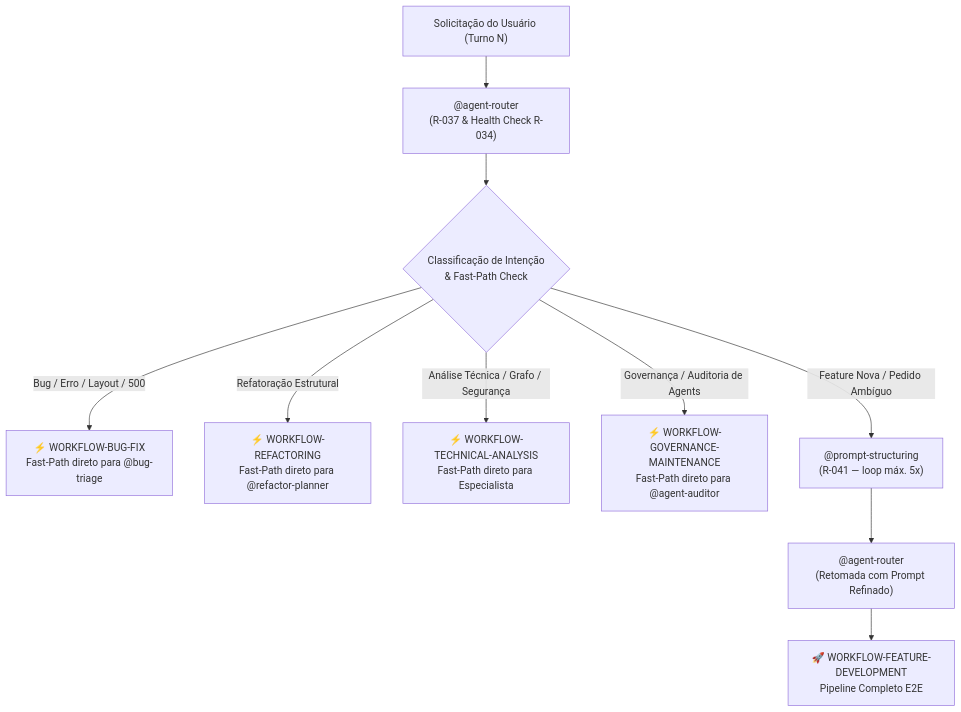
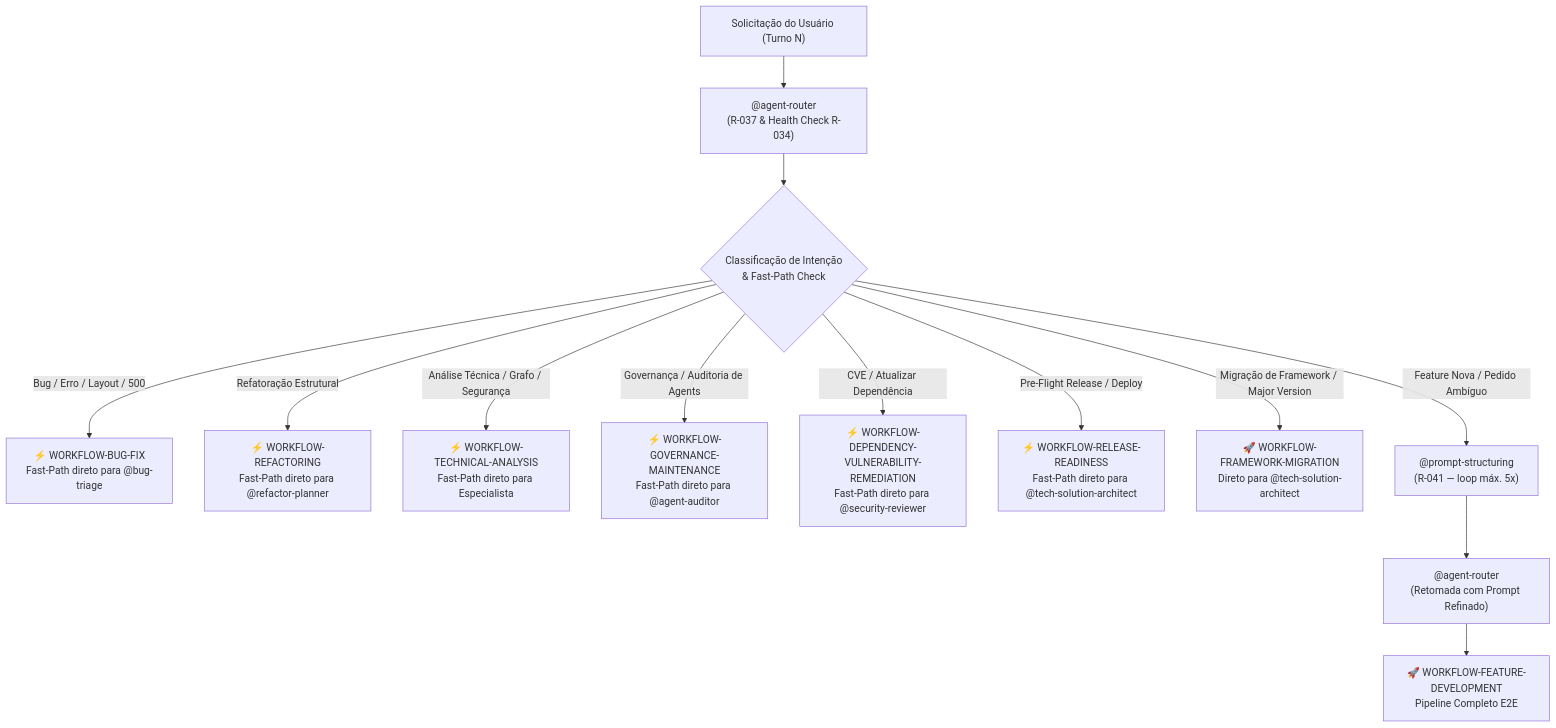
The first of 10 diagrams in .github/agents/workflows.md (jezreel8858/deep-agents-copilot), drawn with Mermaid before and after one commit. The commit also changed other lines of this file and 9 other files, not shown here.

````diff
--- a/.github/agents/workflows.md
+++ b/.github/agents/workflows.md
@@ -45,14 +45,17 @@
 ```mermaid
 flowchart TD
     UserReq["Solicitação do Usuário (Turno N)"] --> Router["@agent-router\n(R-037 & Health Check R-034)"]
     Router --> IntentEval{"Classificação de Intenção\n& Fast-Path Check"}
 
     IntentEval -- "Bug / Erro / Layout / 500" --> WF1["⚡ WORKFLOW-BUG-FIX\nFast-Path direto para @bug-triage"]
     IntentEval -- "Refatoração Estrutural" --> WF2["⚡ WORKFLOW-REFACTORING\nFast-Path direto para @refactor-planner"]
     IntentEval -- "Análise Técnica / Grafo / Segurança" --> WF3["⚡ WORKFLOW-TECHNICAL-ANALYSIS\nFast-Path direto para Especialista"]
     IntentEval -- "Governança / Auditoria de Agents" --> WF5["⚡ WORKFLOW-GOVERNANCE-MAINTENANCE\nFast-Path direto para @agent-auditor"]
+    IntentEval -- "CVE / Atualizar Dependência" --> WF6["⚡ WORKFLOW-DEPENDENCY-VULNERABILITY-REMEDIATION\nFast-Path direto para @security-reviewer"]
+    IntentEval -- "Pre-Flight Release / Deploy" --> WF8["⚡ WORKFLOW-RELEASE-READINESS\nFast-Path direto para @tech-solution-architect"]
+    IntentEval -- "Migração de Framework / Major Version" --> WF7["🚀 WORKFLOW-FRAMEWORK-MIGRATION\nDireto para @tech-solution-architect"]
     IntentEval -- "Feature Nova / Pedido Ambíguo" --> Structuring["@prompt-structuring\n(R-041 — loop máx. 5x)"]
 
     Structuring --> RouterRet["@agent-router\n(Retomada com Prompt Refinado)"]
     RouterRet --> WF4["🚀 WORKFLOW-FEATURE-DEVELOPMENT\nPipeline Completo E2E"]
 ```
````
